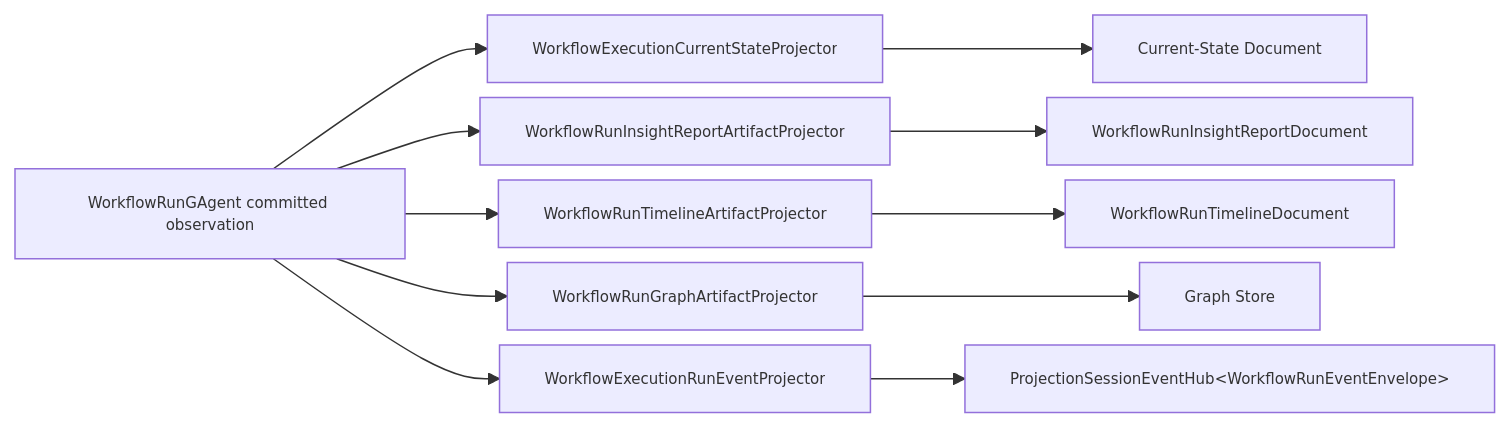
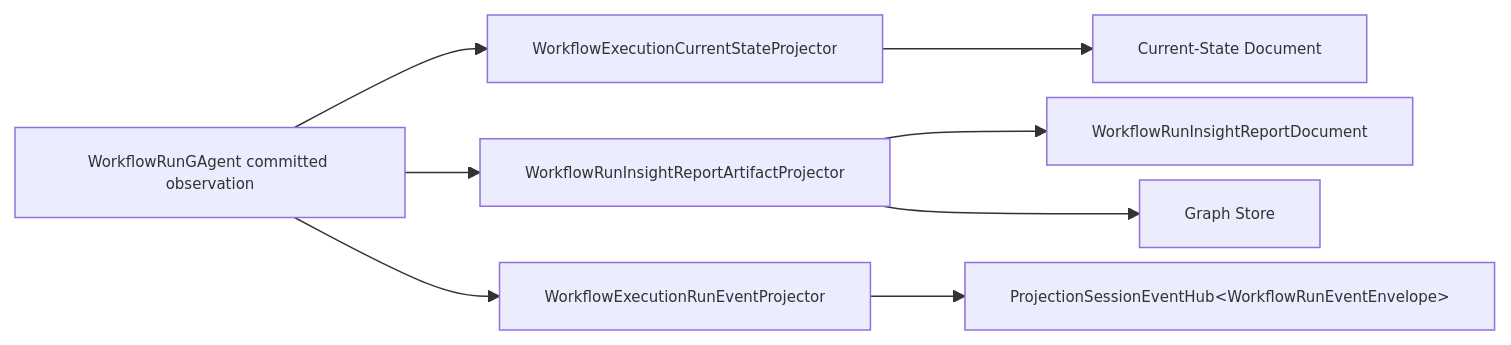
Before and after one commit to aevatarAI/aevatar: the diagram in src/workflow/Aevatar.Workflow.Projection/README.md, drawn with Mermaid. The commit also changed other lines of this file and 36 other files, not shown here.

First line of the commit message:
iter29 cluster-029: workflow history/report/graph artifact 边界 cleanup

````diff
--- a/src/workflow/Aevatar.Workflow.Projection/README.md
+++ b/src/workflow/Aevatar.Workflow.Projection/README.md
@@ -12,21 +12,17 @@
 ```mermaid
 %%{init: {"maxTextSize": 100000, "flowchart": {"useMaxWidth": false, "nodeSpacing": 10, "rankSpacing": 50}, "themeVariables": {"fontSize": "10px"}}}%%
 flowchart LR
   RUN["WorkflowRunGAgent committed observation"]
   CUR["WorkflowExecutionCurrentStateProjector"]
   REP["WorkflowRunInsightReportArtifactProjector"]
-  TL["WorkflowRunTimelineArtifactProjector"]
-  GRA["WorkflowRunGraphArtifactProjector"]
   AGUI["WorkflowExecutionRunEventProjector"]
   CURDOC["Current-State Document"]
   REPDOC["WorkflowRunInsightReportDocument"]
-  TLDOC["WorkflowRunTimelineDocument"]
   GRAPH["Graph Store"]
   HUB["ProjectionSessionEventHub&lt;WorkflowRunEventEnvelope&gt;"]
 
   RUN --> CUR --> CURDOC
   RUN --> REP --> REPDOC
-  RUN --> TL --> TLDOC
-  RUN --> GRA --> GRAPH
+  REP --> GRAPH
   RUN --> AGUI --> HUB
 ```
````
